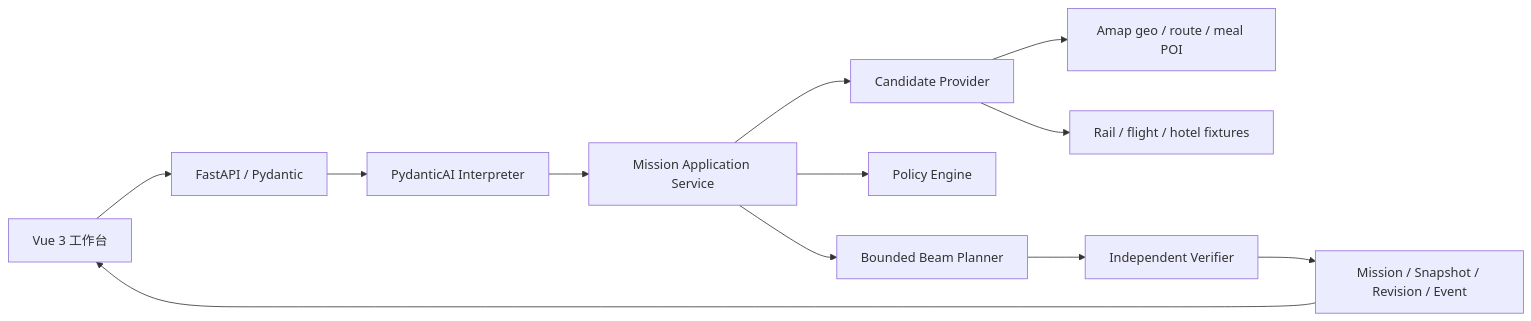
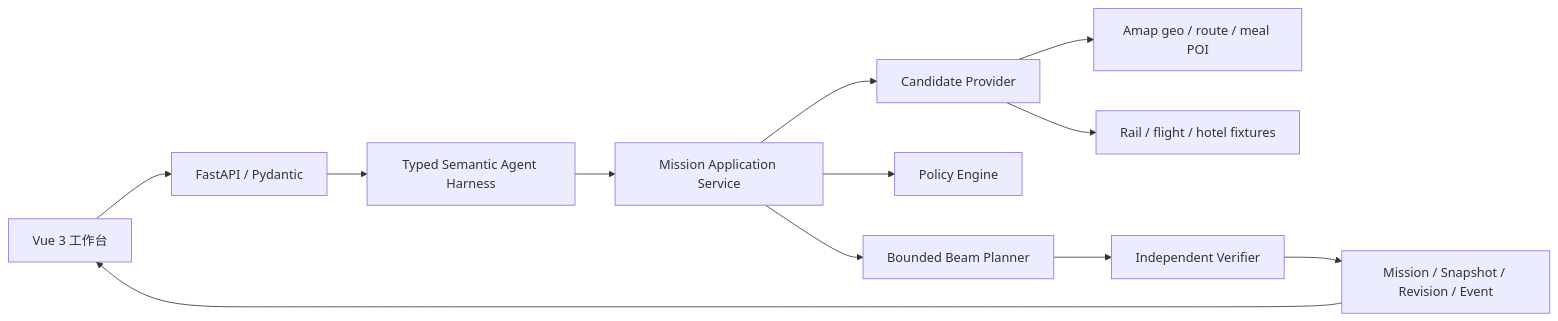
The diagram in docs/architecture.md (KXHXK/fieldpilot), drawn with Mermaid before and after one commit. The commit also changed other lines of this file and 5 other files, not shown here.

Commit message:
Document and showcase Agent Harness

````diff
--- a/docs/architecture.md
+++ b/docs/architecture.md
@@ -9,14 +9,14 @@
 ```mermaid
 flowchart LR
     UI["Vue 3 工作台"] --> API["FastAPI / Pydantic"]
-    API --> AG["PydanticAI Interpreter"]
+    API --> AG["Typed Semantic Agent Harness"]
     AG --> MS["Mission Application Service"]
     MS --> CP["Candidate Provider"]
     CP --> AM["Amap geo / route / meal POI"]
     CP --> FX["Rail / flight / hotel fixtures"]
     MS --> PE["Policy Engine"]
     MS --> PL["Bounded Beam Planner"]
     PL --> VE["Independent Verifier"]
     VE --> DB["Mission / Snapshot / Revision / Event"]
     DB --> UI
 ```
````
